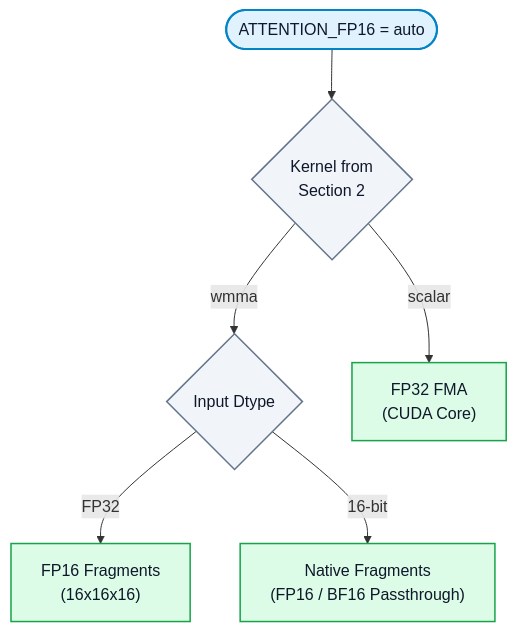
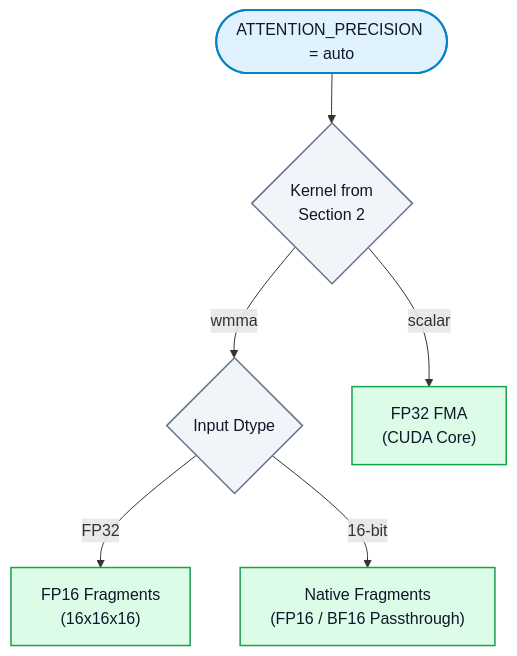
One commit to jazwinn/Distraction-OptimizedTransformerLayer changed the third of 6 diagrams in attention_dispatch_graph.md. Above: the diagram before and after it, drawn with Mermaid. The commit also changed other lines of this file and 7 other files, not shown here.

````diff
--- a/attention_dispatch_graph.md
+++ b/attention_dispatch_graph.md
@@ -181,28 +177,28 @@
 ```mermaid
 flowchart TD
-    prec(["ATTENTION_FP16 = auto"])
+    prec(["ATTENTION_PRECISION = auto"])
     kern{"Kernel from<br/>Section 2"}
     dt{"Input Dtype"}
 
     f16["FP16 Fragments<br/>(16x16x16)"]
     nat["Native Fragments<br/>(FP16 / BF16 Passthrough)"]
     fma["FP32 FMA<br/>(CUDA Core)"]
 
     prec --> kern
     kern -->|"wmma"| dt
     kern -->|"scalar"| fma
 
     dt -->|"FP32"| f16
     dt -->|"16-bit"| nat
 
     %% Styling
     classDef ingress fill:#e0f2fe,stroke:#0284c7,stroke-width:2px,color:#0f172a;
     classDef hostwork fill:#f1f5f9,stroke:#64748b,stroke-width:1.5px,color:#0f172a;
     classDef devicework fill:#dcfce7,stroke:#16a34a,stroke-width:1.5px,color:#0f172a;
     classDef fallback fill:#fef3c7,stroke:#d97706,stroke-width:1.5px,color:#0f172a;
     classDef error fill:#fecdd3,stroke:#e11d48,stroke-width:2px,color:#9f1239;
 
     class prec ingress;
     class kern,dt hostwork;
     class f16,nat,fma devicework;
 ```
````
